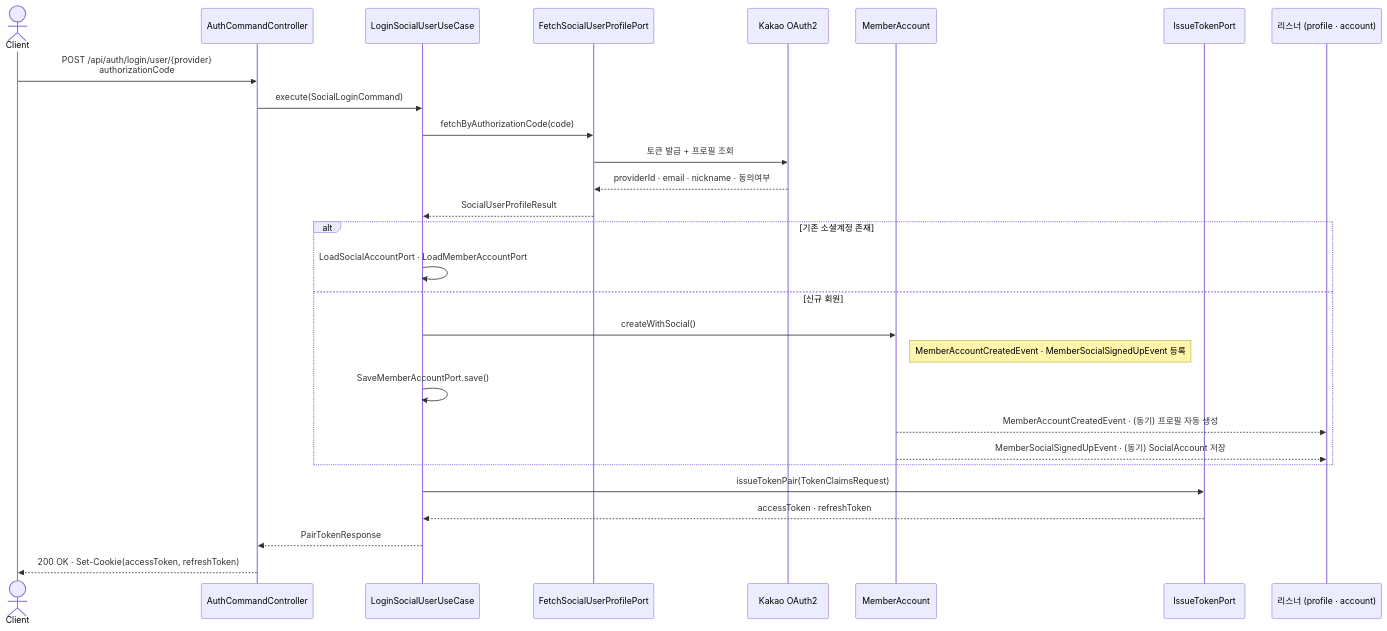
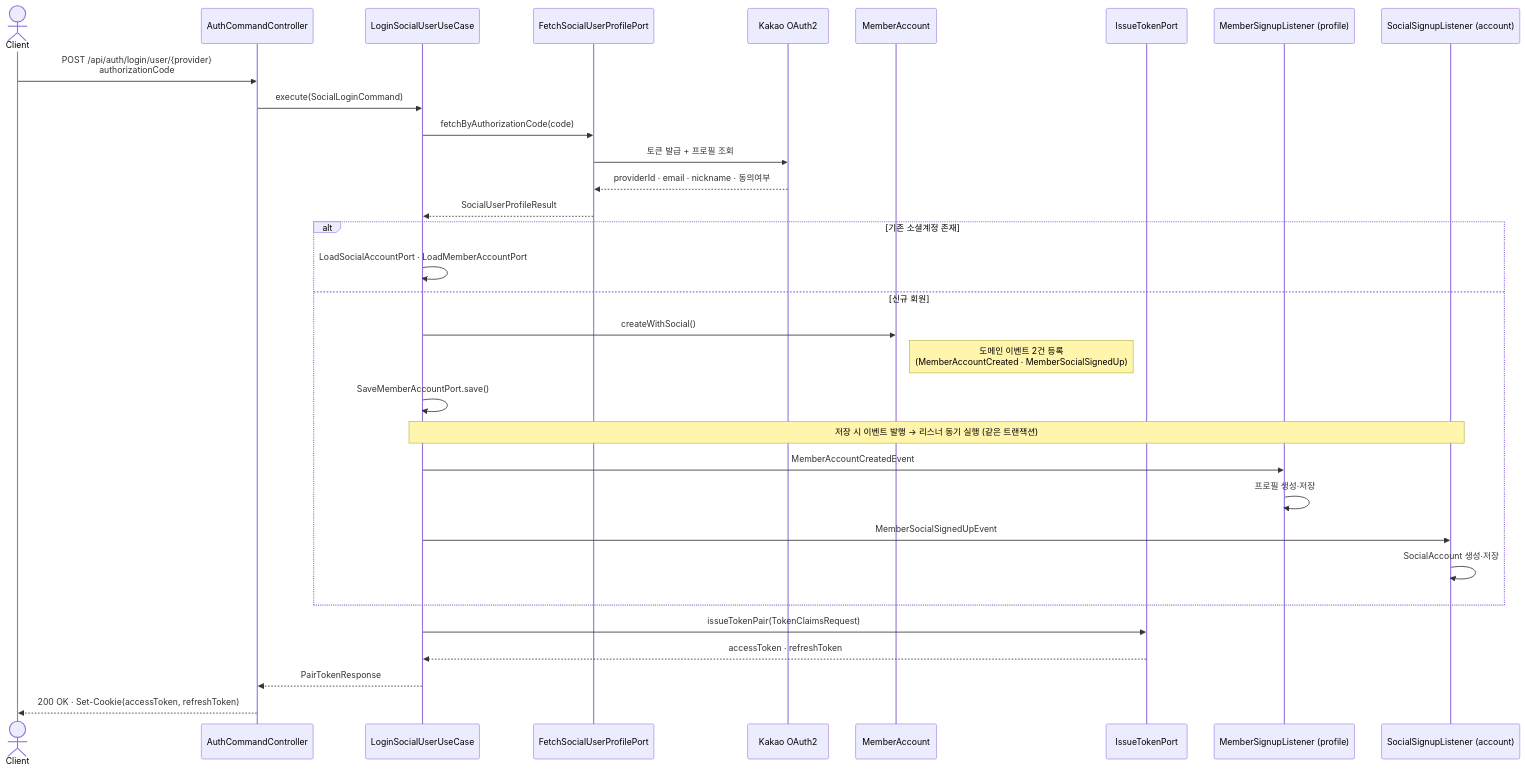
The second of 5 diagrams in docs/diagram/account/auth-flow.md (hirecore/hirecore-member-server), drawn with Mermaid before and after one commit. The commit also changed other lines of this file, not shown here.

Commit message:
docs: 인증 흐름 다이어그램의 이벤트 발행 표현과 Note 순서 개선

````diff
--- a/docs/diagram/account/auth-flow.md
+++ b/docs/diagram/account/auth-flow.md
@@ -38,33 +41,37 @@
 ```mermaid
 sequenceDiagram
     actor Client
     participant Ctrl as AuthCommandController
     participant UC as LoginSocialUserUseCase
     participant Fetch as FetchSocialUserProfilePort
     participant Kakao as Kakao OAuth2
     participant Member as MemberAccount
     participant Token as IssueTokenPort
-    participant L as 리스너 (profile · account)
+    participant PL as MemberSignupListener (profile)
+    participant AL as SocialSignupListener (account)
 
     Client->>Ctrl: POST /api/auth/login/user/{provider}<br/>authorizationCode
     Ctrl->>UC: execute(SocialLoginCommand)
     UC->>Fetch: fetchByAuthorizationCode(code)
     Fetch->>Kakao: 토큰 발급 + 프로필 조회
     Kakao-->>Fetch: providerId · email · nickname · 동의여부
     Fetch-->>UC: SocialUserProfileResult
 
     alt 기존 소셜계정 존재
         UC->>UC: LoadSocialAccountPort · LoadMemberAccountPort
     else 신규 회원
         UC->>Member: createWithSocial()
-        Note right of Member: MemberAccountCreatedEvent · MemberSocialSignedUpEvent 등록
+        Note right of Member: 도메인 이벤트 2건 등록<br/>(MemberAccountCreated · MemberSocialSignedUp)
         UC->>UC: SaveMemberAccountPort.save()
-        Member-->>L: MemberAccountCreatedEvent · (동기) 프로필 자동 생성
-        Member-->>L: MemberSocialSignedUpEvent · (동기) SocialAccount 저장
+        Note over UC,AL: 저장 시 이벤트 발행 → 리스너 동기 실행 (같은 트랜잭션)
+        UC->>PL: MemberAccountCreatedEvent
+        PL->>PL: 프로필 생성·저장
+        UC->>AL: MemberSocialSignedUpEvent
+        AL->>AL: SocialAccount 생성·저장
     end
 
     UC->>Token: issueTokenPair(TokenClaimsRequest)
     Token-->>UC: accessToken · refreshToken
     UC-->>Ctrl: PairTokenResponse
     Ctrl-->>Client: 200 OK · Set-Cookie(accessToken, refreshToken)
 ```
````
